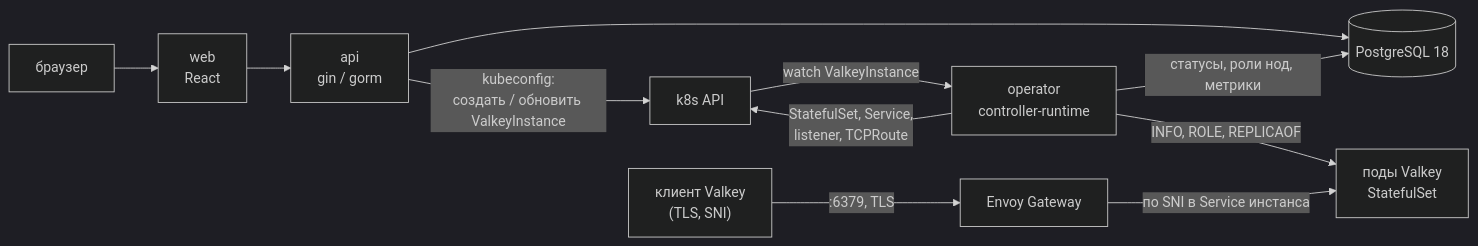
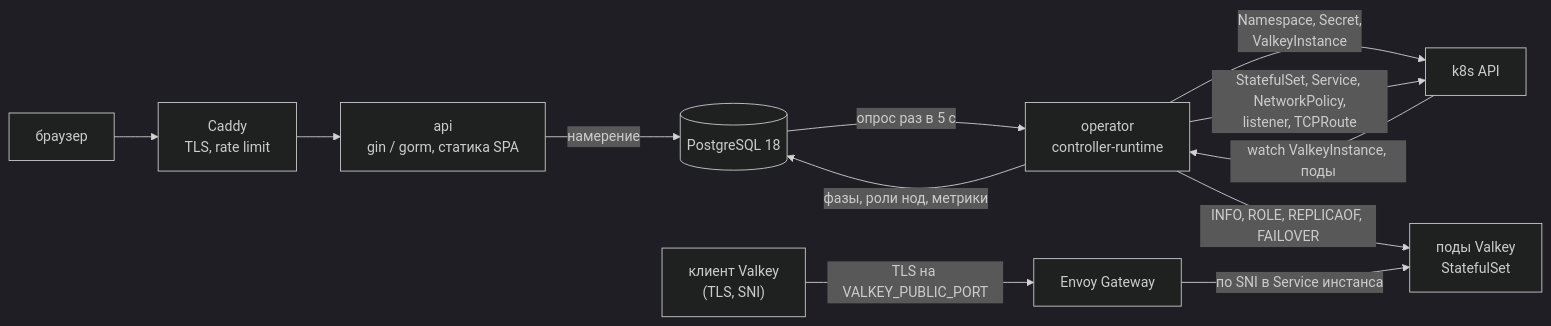
Before and after one commit to RostislavDugin/managed-valkey: the first of 2 diagrams in SYSTEM.md, drawn with Mermaid (dark theme). The commit also changed other lines of this file and 31 other files, not shown here.

````diff
--- a/SYSTEM.md
+++ b/SYSTEM.md
@@ -34,22 +123,24 @@
 ```mermaid
 flowchart LR
     client["клиент Valkey<br/>(TLS, SNI)"]
     browser["браузер"]
-    web["web<br/>React"]
-    api["api<br/>gin / gorm"]
+    caddy["Caddy<br/>TLS, rate limit"]
+    api["api<br/>gin / gorm, статика SPA"]
     pg[("PostgreSQL 18")]
     k8s["k8s API"]
     operator["operator<br/>controller-runtime"]
     gw["Envoy Gateway"]
     pods["поды Valkey<br/>StatefulSet"]
 
-    browser --> web --> api
-    api --> pg
-    api -- "kubeconfig:<br/>создать / обновить ValkeyInstance" --> k8s
-    k8s -- "watch ValkeyInstance" --> operator
-    operator -- "StatefulSet, Service,<br/>listener, TCPRoute" --> k8s
-    operator -- "INFO, ROLE, REPLICAOF" --> pods
-    operator -- "статусы, роли нод, метрики" --> pg
-    client -- ":6379, TLS" --> gw
+    browser --> caddy
+    caddy --> api
+    api -- "намерение" --> pg
+    pg -- "опрос раз в 5 с" --> operator
+    operator -- "Namespace, Secret,<br/>ValkeyInstance" --> k8s
+    k8s -- "watch ValkeyInstance, поды" --> operator
+    operator -- "StatefulSet, Service, NetworkPolicy,<br/>listener, TCPRoute" --> k8s
+    operator -- "INFO, ROLE, REPLICAOF, FAILOVER" --> pods
+    operator -- "фазы, роли нод, метрики" --> pg
+    client -- "TLS на VALKEY_PUBLIC_PORT" --> gw
     gw -- "по SNI в Service инстанса" --> pods
 ```
````
